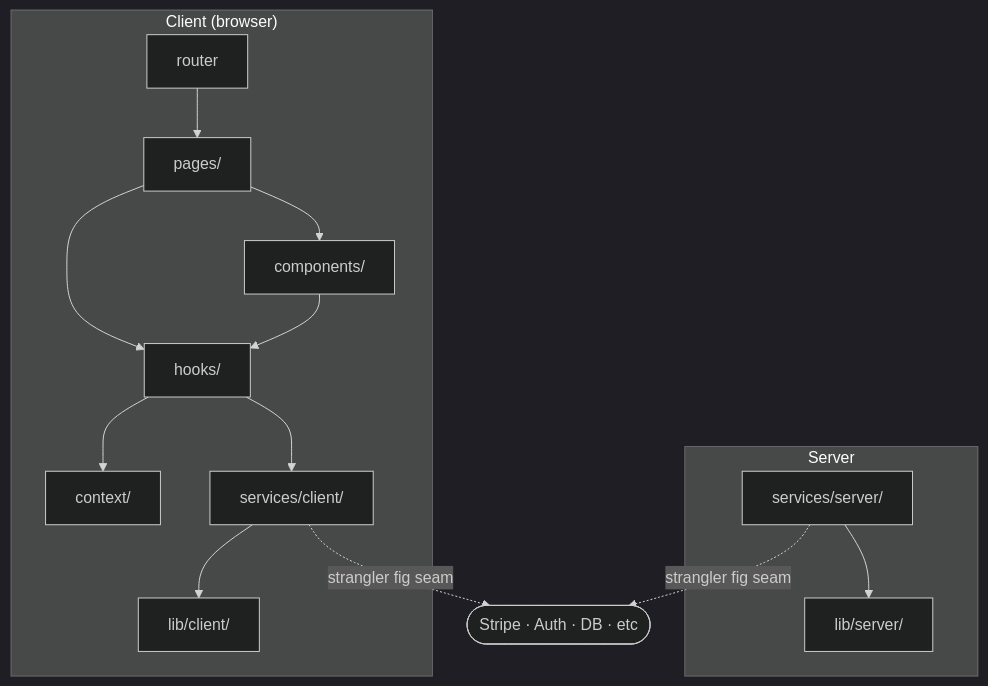
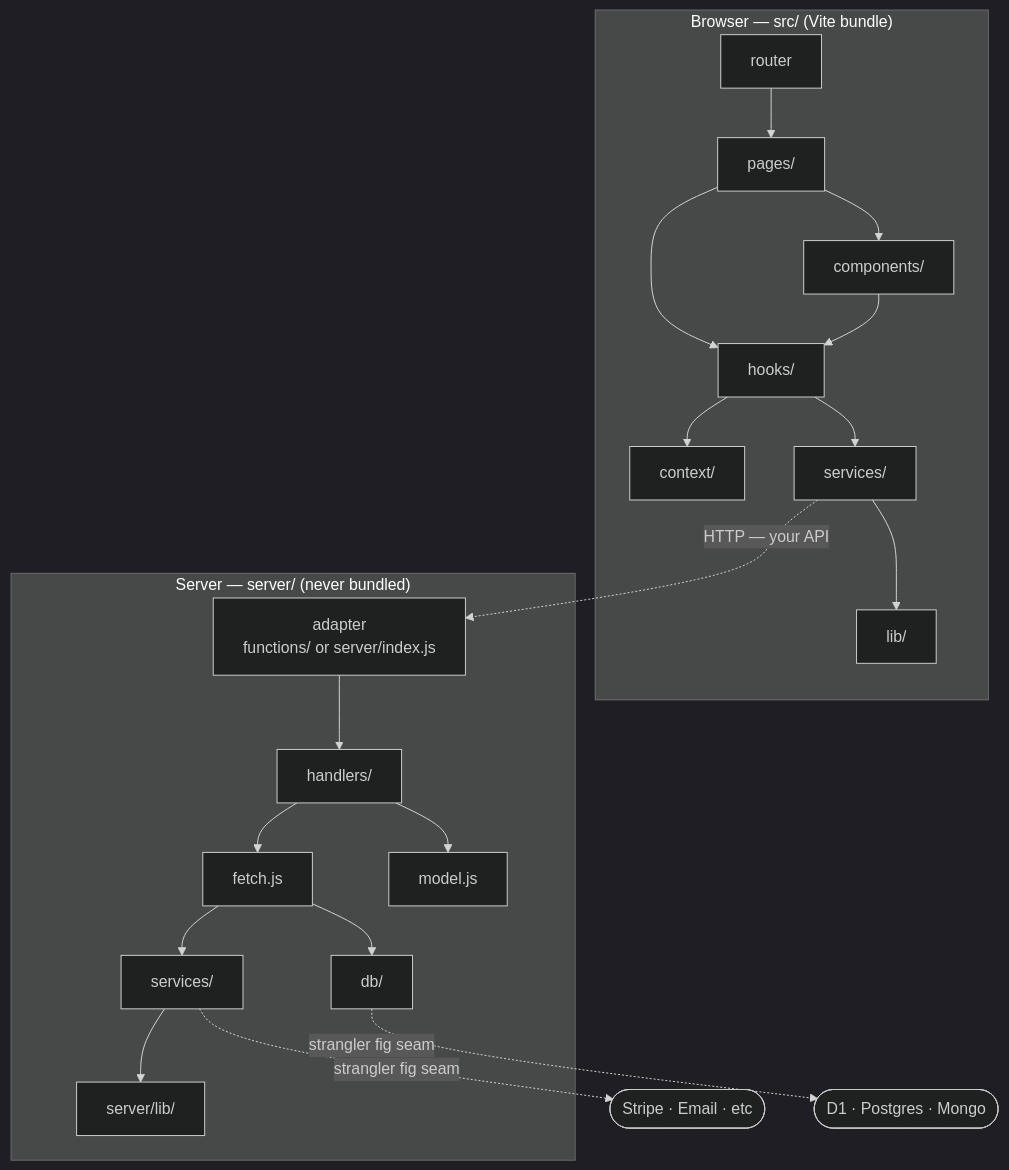
Before and after one commit to jchan922/starter-template: the diagram in docs/architecture.md, drawn with Mermaid (dark theme). The commit also changed other lines of this file and 5 other files, not shown here.

````diff
--- a/docs/architecture.md
+++ b/docs/architecture.md
@@ -9,17 +9,25 @@
 ```mermaid
 flowchart TD
-    subgraph client["Client (browser)"]
+    subgraph browser["Browser — src/ (Vite bundle)"]
         R[router] --> P[pages/]
         P --> C[components/]
         P --> H[hooks/]
         C --> H
         H --> CTX[context/]
-        H --> SC[services/client/]
-        SC --> LC[lib/client/]
+        H --> SVC[services/]
+        SVC --> LIB[lib/]
     end
-    subgraph server["Server"]
-        SS[services/server/] --> LS[lib/server/]
+
+    subgraph backend["Server — server/ (never bundled)"]
+        ADP[adapter\nfunctions/ or server/index.js] --> HAND[handlers/]
+        HAND --> FETCH[fetch.js]
+        HAND --> MODEL[model.js]
+        FETCH --> SSVC[services/]
+        FETCH --> DB[db/]
+        SSVC --> SLIB[server/lib/]
     end
-    SC -. strangler fig seam .-> EXT([Stripe · Auth · DB · etc])
-    SS -. strangler fig seam .-> EXT
+
+    SVC -. "HTTP — your API" .-> ADP
+    SSVC -. strangler fig seam .-> EXT([Stripe · Email · etc])
+    DB -. strangler fig seam .-> DBEXT([D1 · Postgres · Mongo])
 ```
````
